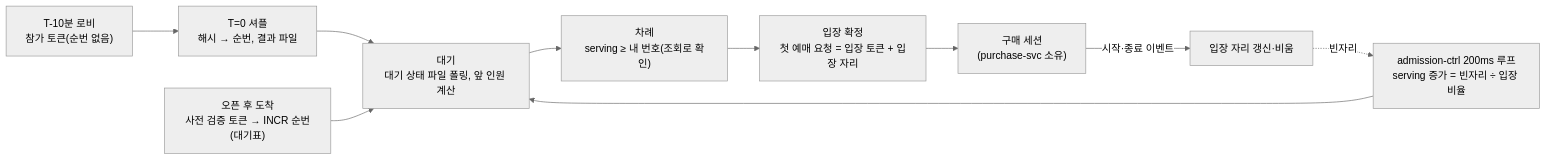
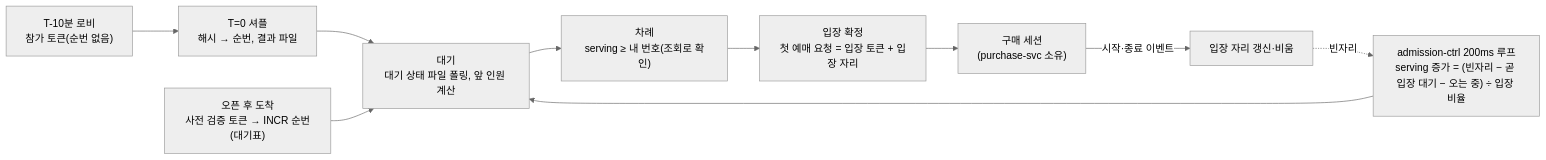
The first of 4 diagrams in docs/features/queue-admission.md (peaket/peaket), drawn with Mermaid (neutral theme) before and after one commit. The commit also changed other lines of this file and 228 other files, not shown here.

````diff
--- a/docs/features/queue-admission.md
+++ b/docs/features/queue-admission.md
@@ -10,12 +10,12 @@
 ```mermaid
 flowchart LR
     L["T-10분 로비\n참가 토큰(순번 없음)"] --> S["T=0 셔플\n해시 → 순번, 결과 파일"]
     S --> W["대기\n대기 상태 파일 폴링, 앞 인원 계산"]
     A["오픈 후 도착\n사전 검증 토큰 → INCR 순번(대기표)"] --> W
     W --> T["차례\nserving ≥ 내 번호(조회로 확인)"]
     T --> C["입장 확정\n첫 예매 요청 = 입장 토큰 + 입장 자리"]
     C --> P["구매 세션\n(purchase-svc 소유)"]
     P -->|"시작·종료 이벤트"| F["입장 자리 갱신·비움"]
-    F -.빈자리.-> R["admission-ctrl 200ms 루프\nserving 증가 = 빈자리 ÷ 입장 비율"]
+    F -.빈자리.-> R["admission-ctrl 200ms 루프\nserving 증가 = (빈자리 − 곧 입장 대기 − 오는 중) ÷ 입장 비율"]
     R --> W
 ```
````
